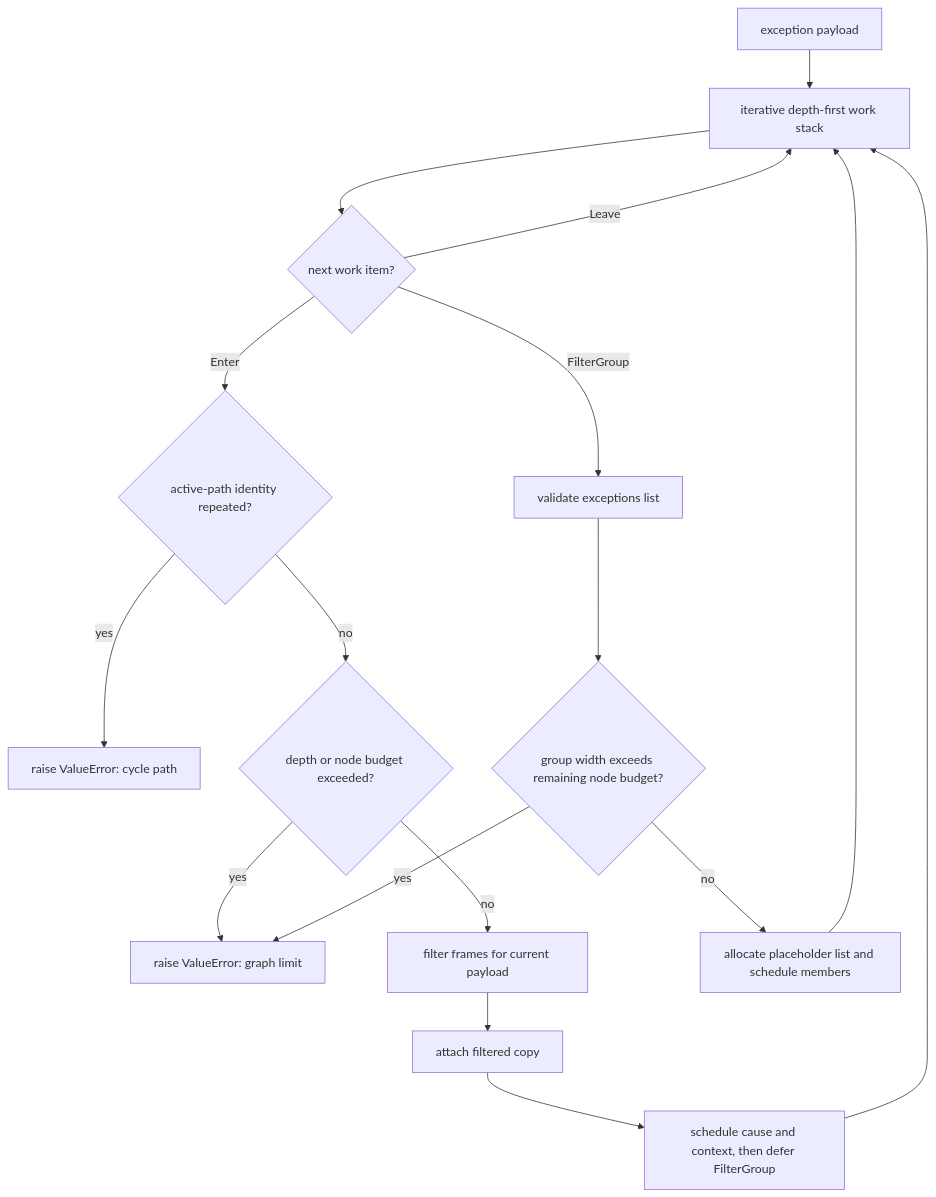
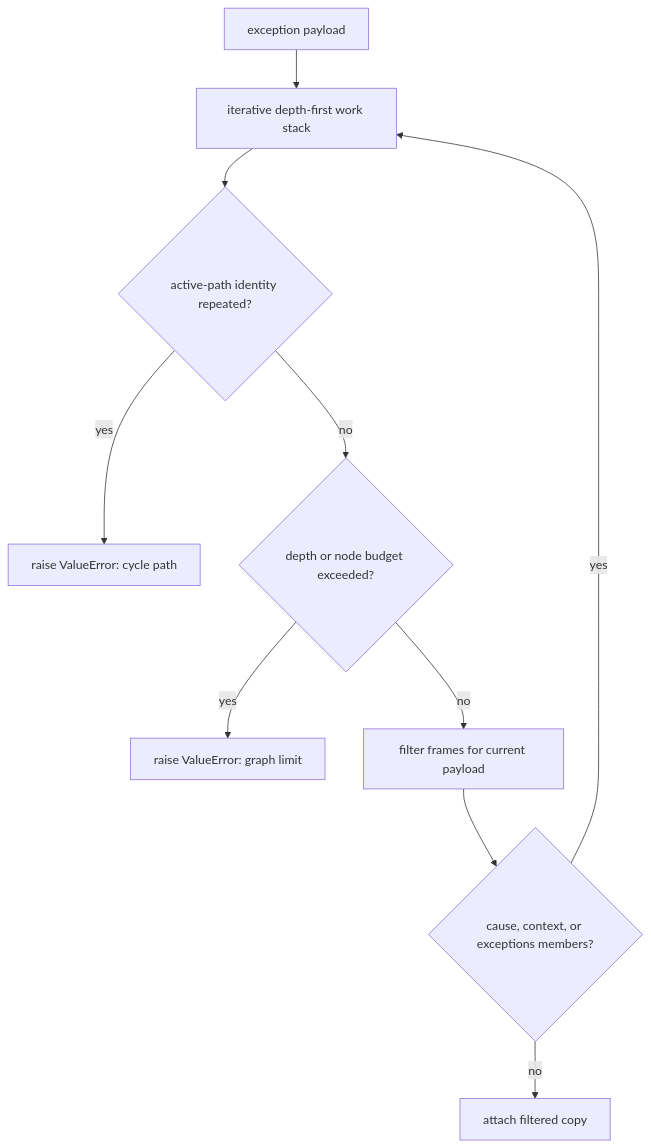
One commit to leynos/femtologging changed the second of 3 diagrams in docs/frame-filtering-design.md. Above: the diagram before and after it, drawn with Mermaid. The commit also changed other lines of this file, not shown here.

First line of the commit message:
Clarify exception graph traversal diagrams (#443)

````diff
--- a/docs/frame-filtering-design.md
+++ b/docs/frame-filtering-design.md
@@ -105,26 +105,19 @@
 ```mermaid
 flowchart TD
-    accTitle: Exception graph traversal and budget checks
+    accTitle: Exception payload graph traversal
     accDescr {
-      Enter work checks active-path identity, depth, and node budget before
-      filtering and attaching a payload. Deferred FilterGroup work checks the
-      exceptions list and its width before allocating a list or scheduling
-      group members.
+      An iterative depth-first work stack checks active-path identity and graph
+      budgets before filtering each payload. Cycles and exceeded limits raise
+      ValueError. Exception-group width is checked before allocating its output
+      list.
     }
     A[exception payload] --> B[iterative depth-first work stack]
-    B --> C{next work item?}
-    C -->|Enter| D{active-path identity repeated?}
-    D -->|yes| E[raise ValueError: cycle path]
-    D -->|no| F{depth or node budget exceeded?}
-    F -->|yes| G[raise ValueError: graph limit]
-    F -->|no| H[filter frames for current payload]
-    H --> I["attach filtered copy"]
-    I --> J["schedule cause and context, then defer FilterGroup"]
-    J --> B
-    C -->|FilterGroup| K[validate exceptions list]
-    K --> L{group width exceeds remaining node budget?}
-    L -->|yes| G
-    L -->|no| M[allocate placeholder list and schedule members]
-    M --> B
-    C -->|Leave| B
+    B --> C{active-path identity repeated?}
+    C -->|yes| D[raise ValueError: cycle path]
+    C -->|no| E{depth or node budget exceeded?}
+    E -->|yes| F[raise ValueError: graph limit]
+    E -->|no| G[filter frames for current payload]
+    G --> H{cause, context, or exceptions members?}
+    H -->|yes| B
+    H -->|no| I[attach filtered copy]
 ```
````
